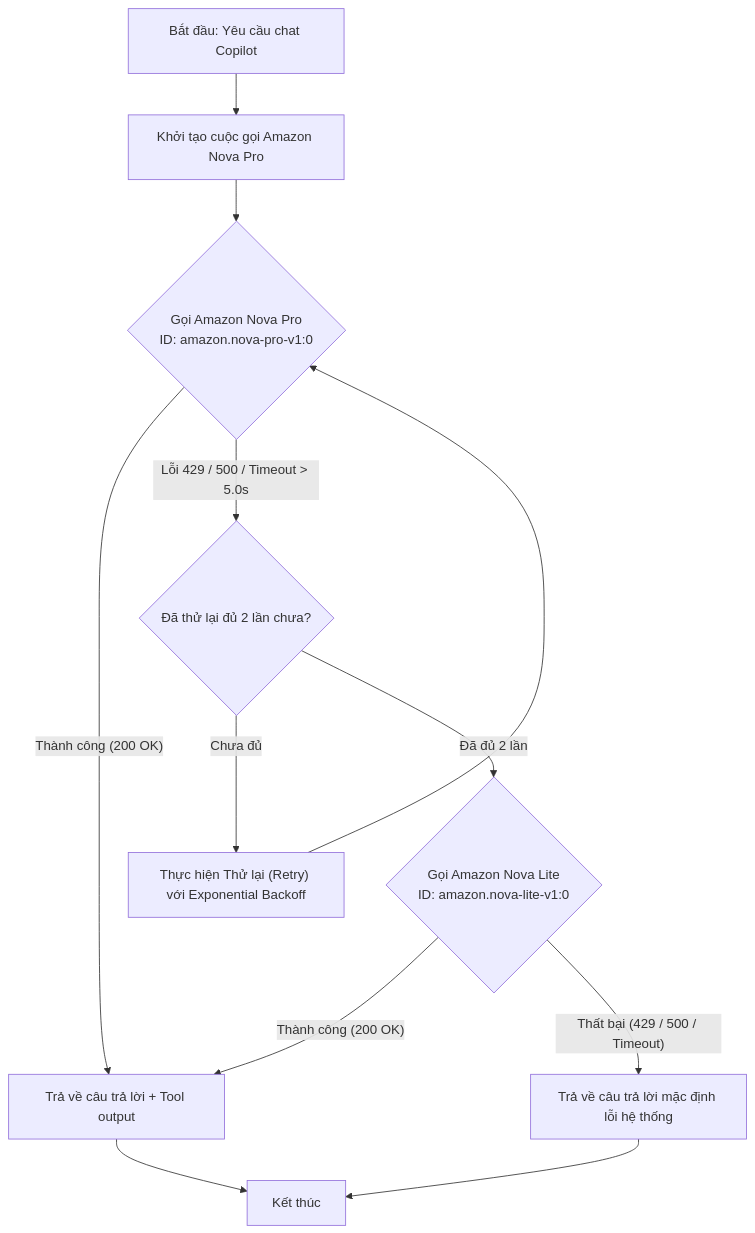
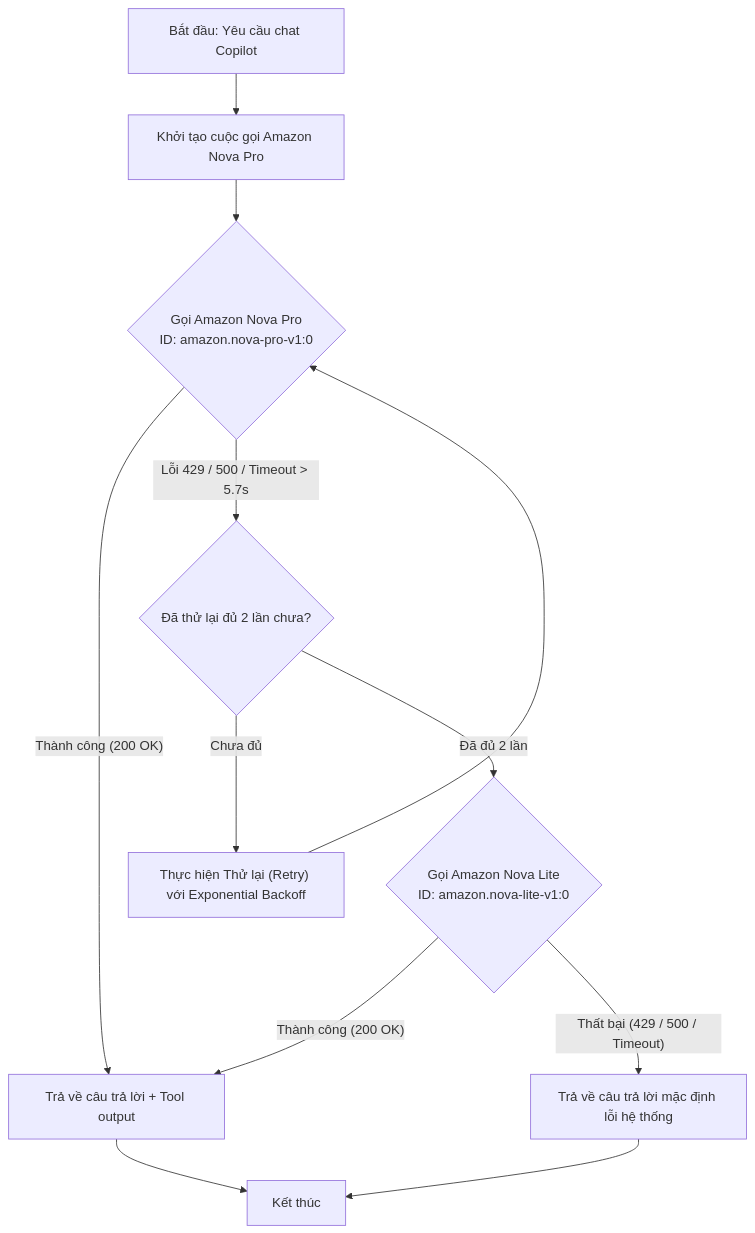
Before and after one commit to nguyenductien-qnm/capstone-phase-3: the second of 2 diagrams in docs/ai/03_specs/fallback_retry.md, drawn with Mermaid. The commit also changed other lines of this file and 14 other files, not shown here.

````diff
--- a/docs/ai/03_specs/fallback_retry.md
+++ b/docs/ai/03_specs/fallback_retry.md
@@ -45,19 +45,19 @@
 ```mermaid
 graph TD
     StartChat["Bắt đầu: Yêu cầu chat Copilot"] --> InitCallNovaPro["Khởi tạo cuộc gọi Amazon Nova Pro"]
     InitCallNovaPro --> CallNovaPro{"Gọi Amazon Nova Pro<br>ID: amazon.nova-pro-v1:0"}
     
     CallNovaPro -- "Thành công (200 OK)" --> ReturnChat["Trả về câu trả lời + Tool output"]
     
-    CallNovaPro -- "Lỗi 429 / 500 / Timeout > 5.0s" --> CheckRetryChat{"Đã thử lại đủ 2 lần chưa?"}
+    CallNovaPro -- "Lỗi 429 / 500 / Timeout > 5.7s" --> CheckRetryChat{"Đã thử lại đủ 2 lần chưa?"}
     CheckRetryChat -- "Chưa đủ" --> RetryNovaPro["Thực hiện Thử lại (Retry) với Exponential Backoff"]
     RetryNovaPro --> CallNovaPro
     
     CheckRetryChat -- "Đã đủ 2 lần" --> CallNovaLite{"Gọi Amazon Nova Lite<br>ID: amazon.nova-lite-v1:0"}
     
     CallNovaLite -- "Thành công (200 OK)" --> ReturnChat
     CallNovaLite -- "Thất bại (429 / 500 / Timeout)" --> CallMockChat["Trả về câu trả lời mặc định lỗi hệ thống"]
     
     CallMockChat --> EndChat["Kết thúc"]
     ReturnChat --> EndChat
 ```
````
